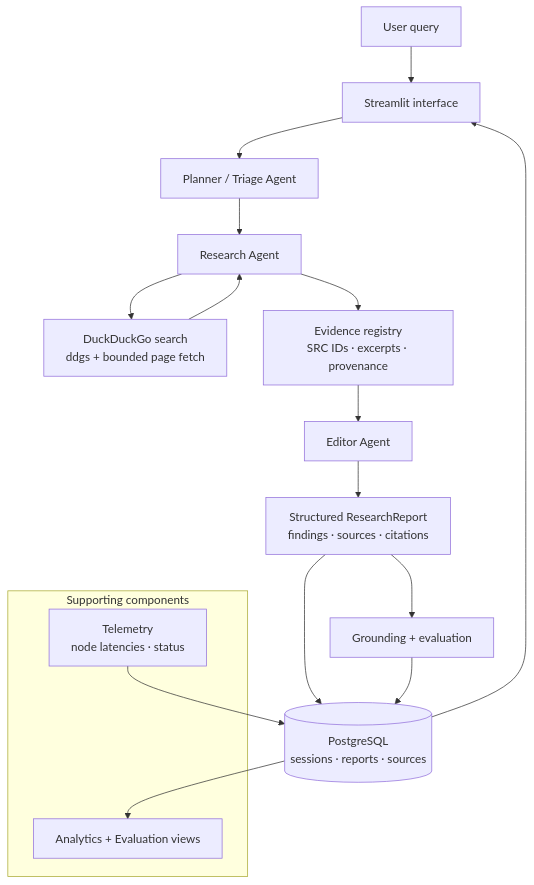
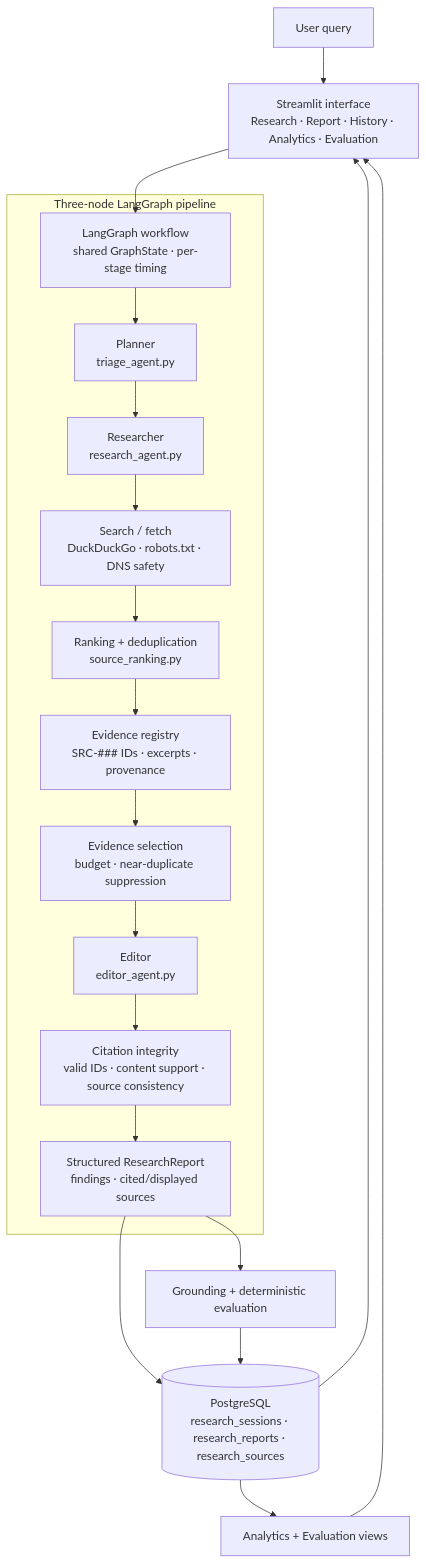
One commit to Reddiah16/AI-Research-Agent changed the diagram in README.MD. Above: the diagram before and after it, drawn with Mermaid. The commit also changed other lines of this file and 38 other files, not shown here.

Commit message:
docs: finalize AI research agent portfolio release

````diff
--- a/README.MD
+++ b/README.MD
@@ -100,22 +114,24 @@
 ```mermaid
 flowchart TD
-    U[User query] --> UI[Streamlit interface]
-    UI --> PL[Planner / Triage Agent]
-    PL --> RS[Research Agent]
-    RS --> DDG[DuckDuckGo search<br/>ddgs + bounded page fetch]
-    DDG --> RS
-    RS --> EV[Evidence registry<br/>SRC IDs · excerpts · provenance]
-    EV --> ED[Editor Agent]
-    ED --> RP[Structured ResearchReport<br/>findings · sources · citations]
-    RP --> GR[Grounding + evaluation]
-    RP --> DB[(PostgreSQL<br/>sessions · reports · sources)]
+    U[User query] --> ST[Streamlit interface<br/>Research · Report · History · Analytics · Evaluation]
+    ST --> LG[LangGraph workflow<br/>shared GraphState · per-stage timing]
+
+    subgraph GRAPH[Three-node LangGraph pipeline]
+      LG --> PL[Planner<br/>triage_agent.py]
+      PL --> RS[Researcher<br/>research_agent.py]
+      RS --> SF[Search / fetch<br/>DuckDuckGo · robots.txt · DNS safety]
+      SF --> RK[Ranking + deduplication<br/>source_ranking.py]
+      RK --> EV[Evidence registry<br/>SRC-### IDs · excerpts · provenance]
+      EV --> ES[Evidence selection<br/>budget · near-duplicate suppression]
+      ES --> ED[Editor<br/>editor_agent.py]
+      ED --> CI[Citation integrity<br/>valid IDs · content support · source consistency]
+      CI --> RP[Structured ResearchReport<br/>findings · cited/displayed sources]
+    end
+
+    RP --> GR[Grounding + deterministic evaluation]
+    RP --> DB[(PostgreSQL<br/>research_sessions · research_reports · research_sources)]
     GR --> DB
-    DB --> UI
-
-    subgraph SUPPORT[Supporting components]
-      PT[Telemetry<br/>node latencies · status]
-      AN[Analytics + Evaluation views]
-    end
-    PT --> DB
-    DB --> AN
+    DB --> ST
+    DB --> AN[Analytics + Evaluation views]
+    AN --> ST
 ```
````
